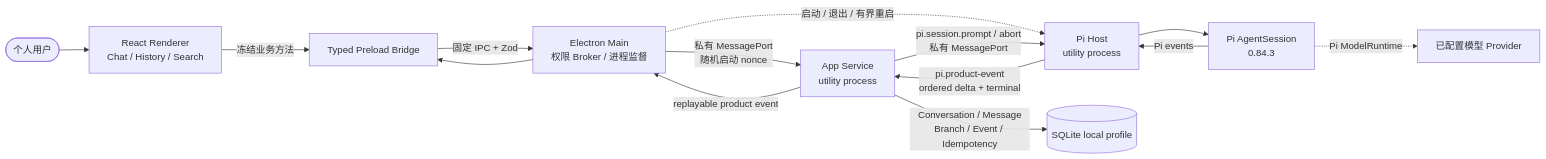
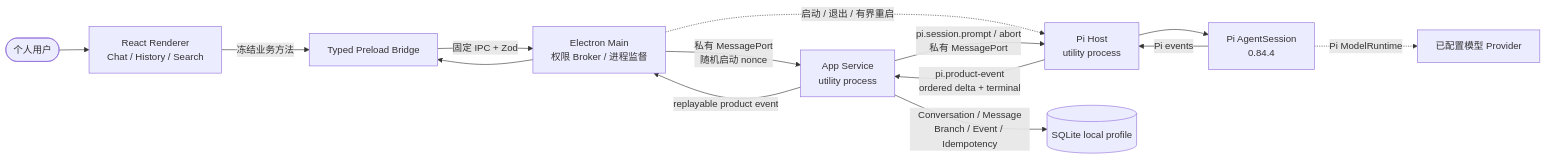
Before and after one commit to openerserver/openerx: the second of 13 diagrams in docs/v2/14-overall-architecture.md, drawn with Mermaid. The commit also changed other lines of this file and 16 other files, not shown here.

````diff
--- a/docs/v2/14-overall-architecture.md
+++ b/docs/v2/14-overall-architecture.md
@@ -143,16 +143,16 @@
 ```mermaid
 flowchart LR
   USER([个人用户]) --> RENDERER[React Renderer<br/>Chat / History / Search]
   RENDERER -->|冻结业务方法| PRELOAD[Typed Preload Bridge]
   PRELOAD -->|固定 IPC + Zod| MAIN[Electron Main<br/>权限 Broker / 进程监督]
   MAIN -->|私有 MessagePort<br/>随机启动 nonce| APP[App Service<br/>utility process]
   MAIN -.->|启动 / 退出 / 有界重启| PI_HOST[Pi Host<br/>utility process]
   APP -->|Conversation / Message<br/>Branch / Event / Idempotency| SQLITE[(SQLite local profile)]
   APP -->|pi.session.prompt / abort<br/>私有 MessagePort| PI_HOST
-  PI_HOST --> SESSION[Pi AgentSession<br/>0.84.3]
+  PI_HOST --> SESSION[Pi AgentSession<br/>0.84.4]
   SESSION -.->|Pi ModelRuntime| MODEL[已配置模型 Provider]
   SESSION -->|Pi events| PI_HOST
   PI_HOST -->|pi.product-event<br/>ordered delta + terminal| APP
   APP -->|replayable product event| MAIN
   MAIN --> PRELOAD
 ```
````
